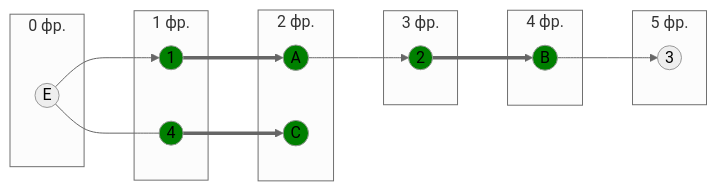
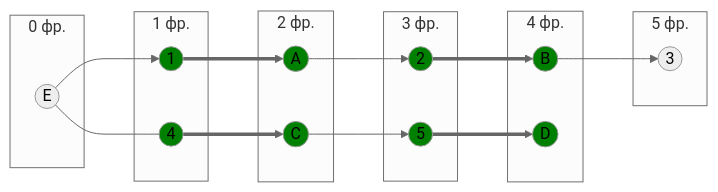
Diagram 12 of 14 in Задание 8/syndicate.md (algos-ris-24-3/manual-tasks), drawn with Mermaid (neutral theme) before and after one commit. The commit also changed other lines of this file, not shown here.

````diff
--- a/Задание 8/syndicate.md
+++ b/Задание 8/syndicate.md
@@ -496,34 +492,38 @@
 ```mermaid
 graph LR
     subgraph " 0 фр."
         E((E))
     end
     subgraph " 1 фр."
         1((1))
         4((4))
     end
     subgraph " 2 фр."
         A((A))
         C((C))
         
     end
     subgraph " 3 фр."
         2((2))
+        5((5))
     end
     subgraph " 4 фр."
         B((B))
+        D((D))
     end
     subgraph " 5 фр."
         3((3))
     end
     
     E --> 1 ==> A --> 2 ==> B --> 3
-    E --- 4 ==> C
+    E --- 4 ==> C --> 5 ==> D
     
     style A fill:#008000
     style B fill:#008000
     style C fill:#008000
+    style D fill:#008000
     style 1 fill:#008000
     style 2 fill:#008000
     style 4 fill:#008000
+    style 5 fill:#008000
 ```
````
